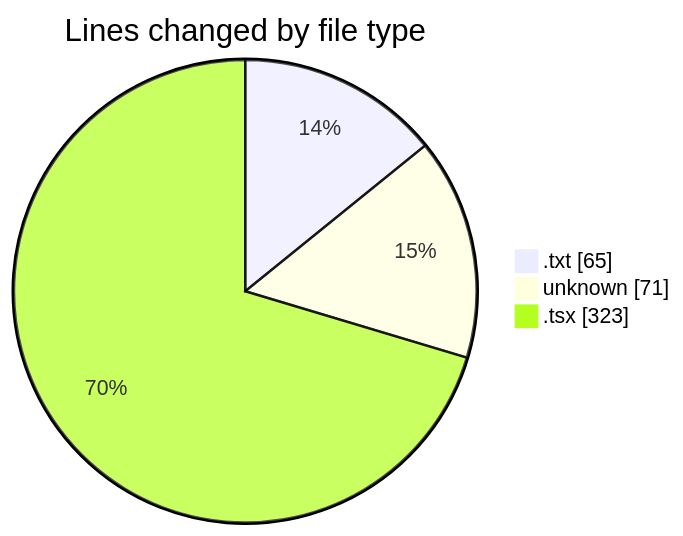
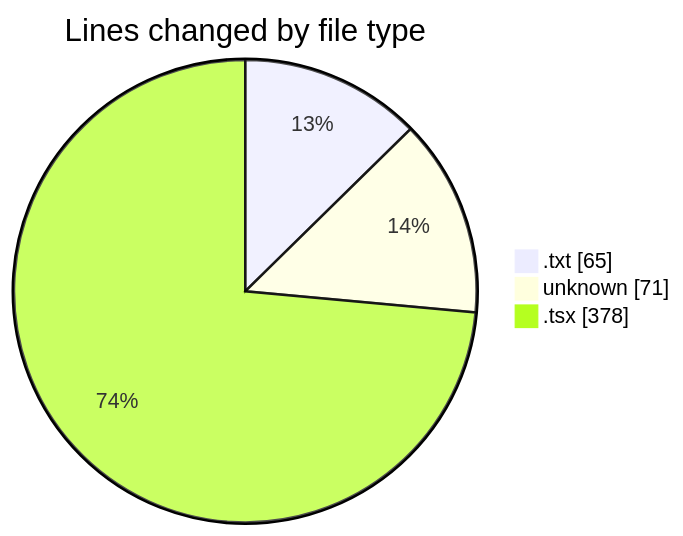
One commit to CELIANVF/code-tracking changed the first of 2 diagrams in 2025-05-22/ecodeli-1/README.md. Above: the diagram before and after it, drawn with Mermaid. The commit also changed other lines of this file and 1 other file, not shown here.

````diff
--- a/2025-05-22/ecodeli-1/README.md
+++ b/2025-05-22/ecodeli-1/README.md
@@ -25,7 +26,7 @@
 ```mermaid
 pie showData
 title Lines changed by file type
 ".txt" : 65
 "unknown" : 71
-".tsx" : 323
+".tsx" : 378
 ```
````
